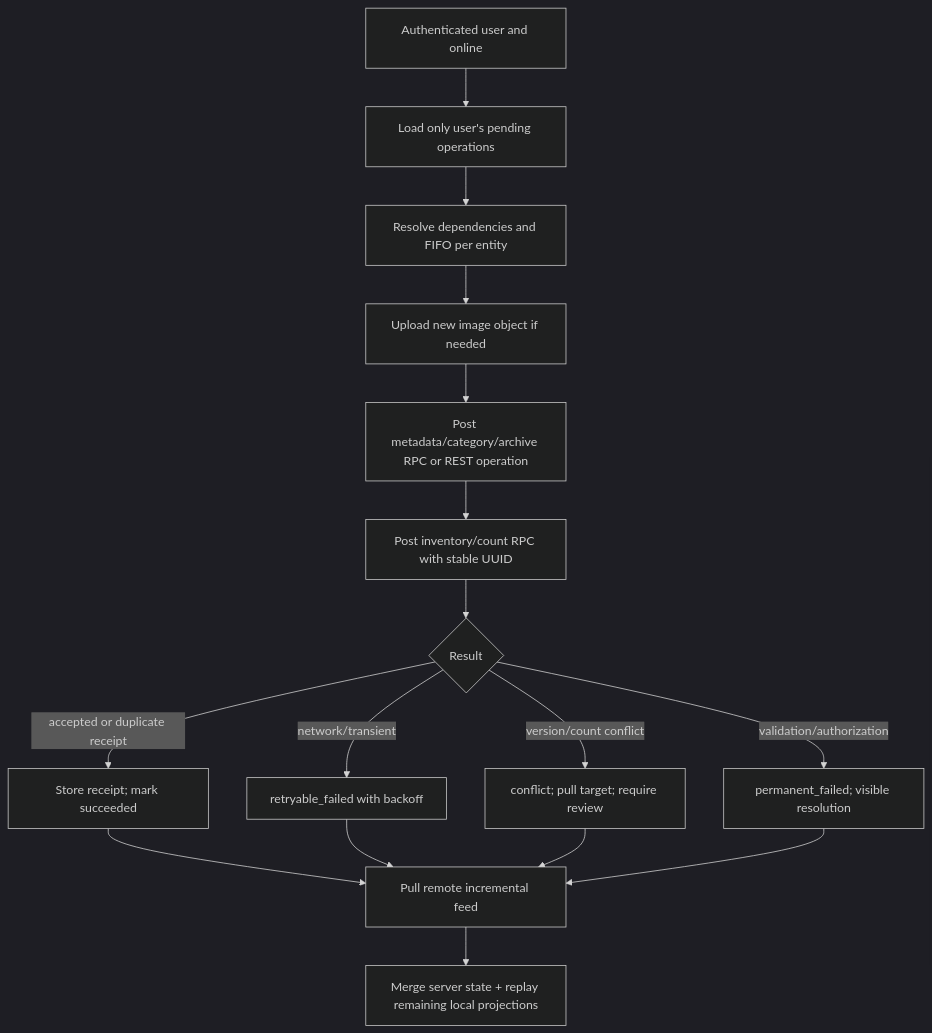
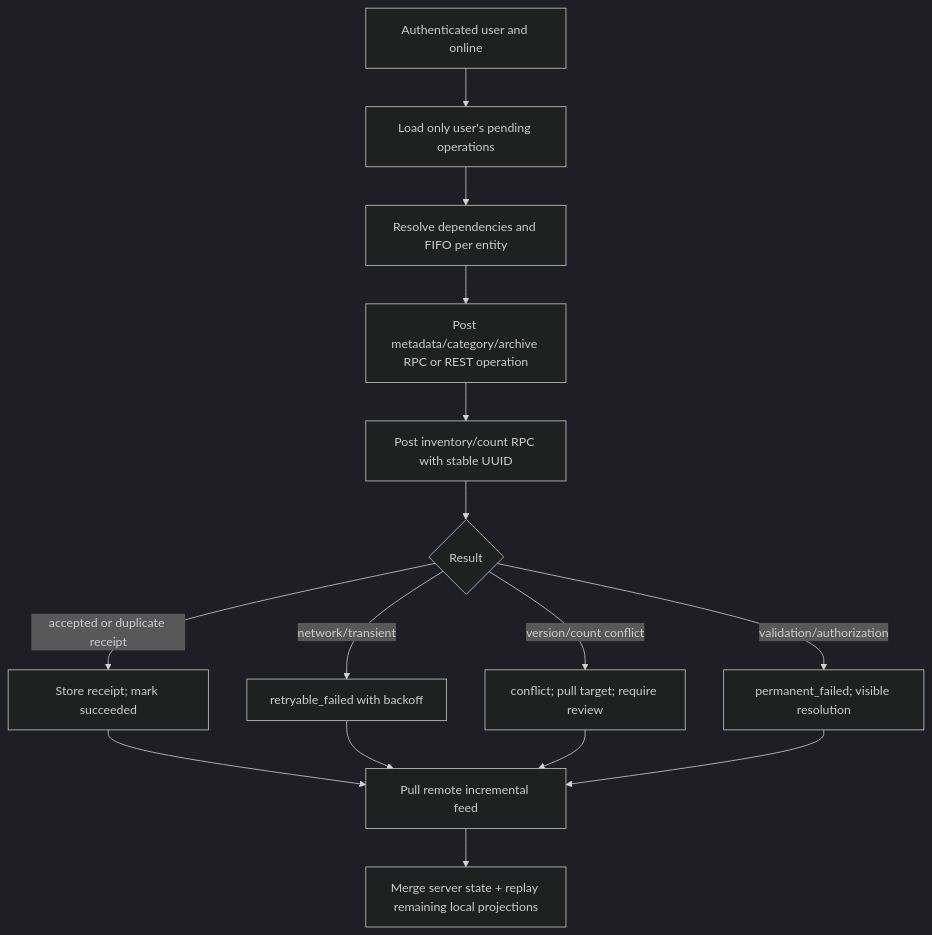
Before and after one commit to IbrahimBaki/Dokkanex: the third of 3 diagrams in docs/v2/03-DATA-AND-OFFLINE-FOUNDATION.md, drawn with Mermaid (dark theme). The commit also changed other lines of this file and 93 other files, not shown here.

````diff
--- a/docs/v2/03-DATA-AND-OFFLINE-FOUNDATION.md
+++ b/docs/v2/03-DATA-AND-OFFLINE-FOUNDATION.md
@@ -296,18 +300,17 @@
 ```mermaid
 flowchart TD
   A[Authenticated user and online] --> B[Load only user's pending operations]
   B --> C[Resolve dependencies and FIFO per entity]
-  C --> D[Upload new image object if needed]
-  D --> E[Post metadata/category/archive RPC or REST operation]
+  C --> E[Post metadata/category/archive RPC or REST operation]
   E --> F[Post inventory/count RPC with stable UUID]
   F --> G{Result}
   G -->|accepted or duplicate receipt| H[Store receipt; mark succeeded]
   G -->|network/transient| I[retryable_failed with backoff]
   G -->|version/count conflict| J[conflict; pull target; require review]
   G -->|validation/authorization| K[permanent_failed; visible resolution]
   H --> L[Pull remote incremental feed]
   I --> L
   J --> L
   K --> L
   L --> M[Merge server state + replay remaining local projections]
 ```
````
